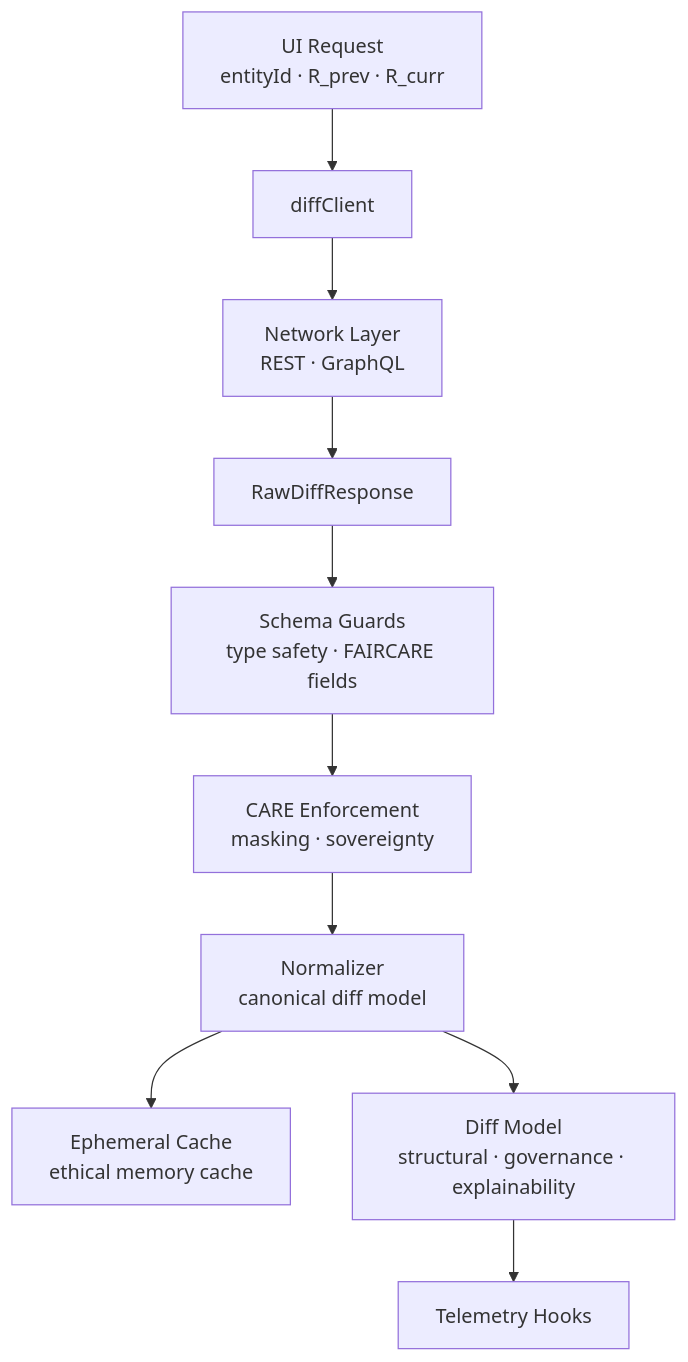
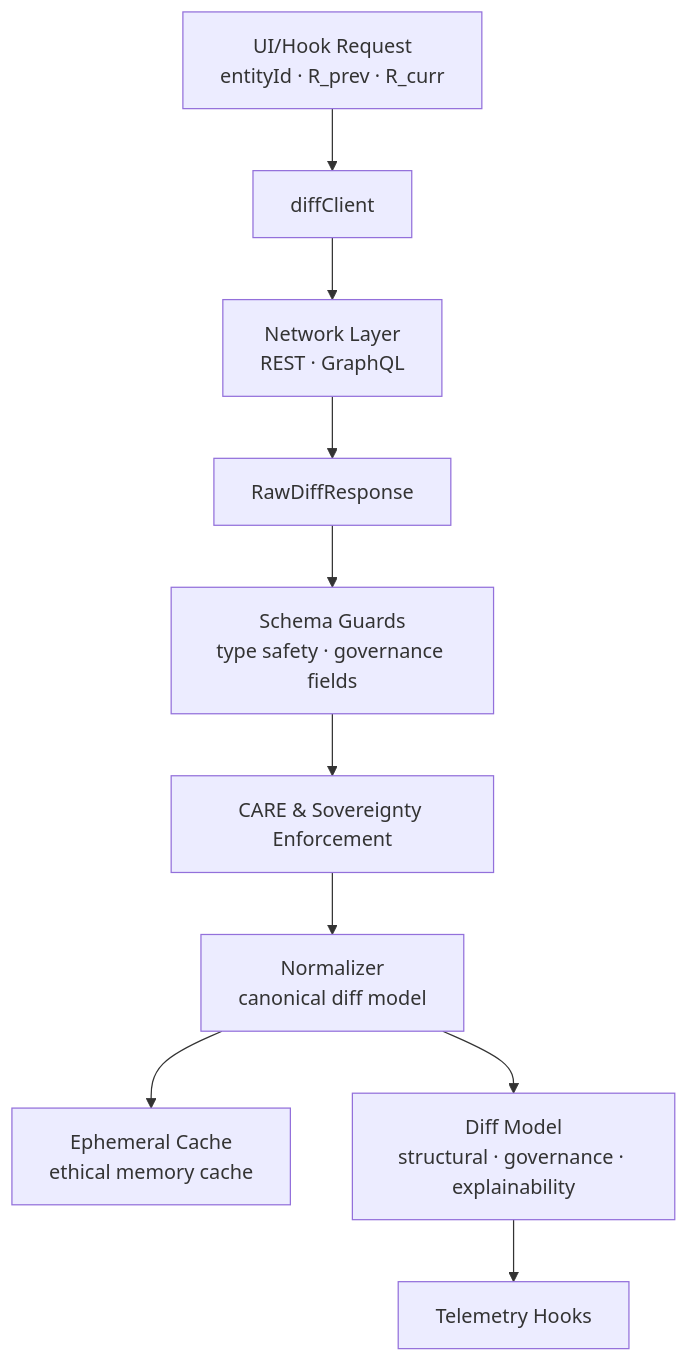
One commit to bartytime4life/Kansas-Frontier-Matrix changed the first of 4 diagrams in web/src/entities/diff-first/services/README.md. Above: the diagram before and after it, drawn with Mermaid. The commit also changed other lines of this file, not shown here.

````diff
--- a/web/src/entities/diff-first/services/README.md
+++ b/web/src/entities/diff-first/services/README.md
@@ -65,12 +140,12 @@
-```mermaid
+~~~mermaid
 flowchart TD
-    REQ[UI Request<br/>entityId · R_prev · R_curr] --> CLIENT[diffClient]
+    REQ[UI/Hook Request<br/>entityId · R_prev · R_curr] --> CLIENT[diffClient]
     CLIENT --> NET[Network Layer<br/>REST · GraphQL]
     NET --> RAW[RawDiffResponse]
-    RAW --> GUARD[Schema Guards<br/>type safety · FAIRCARE fields]
-    GUARD --> CARE[CARE Enforcement<br/>masking · sovereignty]
+    RAW --> GUARD[Schema Guards<br/>type safety · governance fields]
+    GUARD --> CARE[CARE & Sovereignty Enforcement]
     CARE --> NORM[Normalizer<br/>canonical diff model]
     NORM --> CACHE[Ephemeral Cache<br/>ethical memory cache]
     NORM --> OUT[Diff Model<br/>structural · governance · explainability]
     OUT --> TEL[Telemetry Hooks]
-```
+~~~
````
